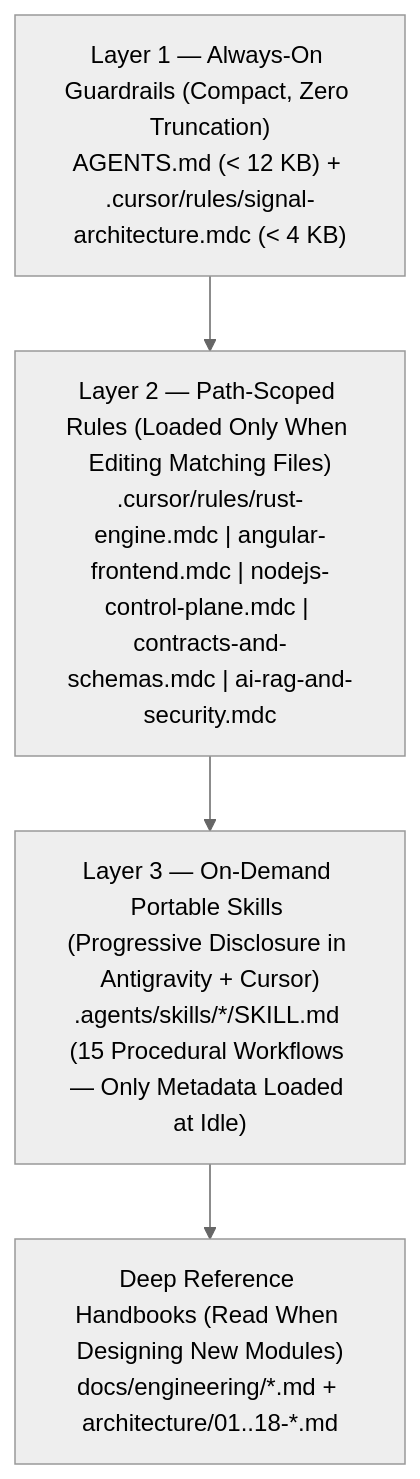
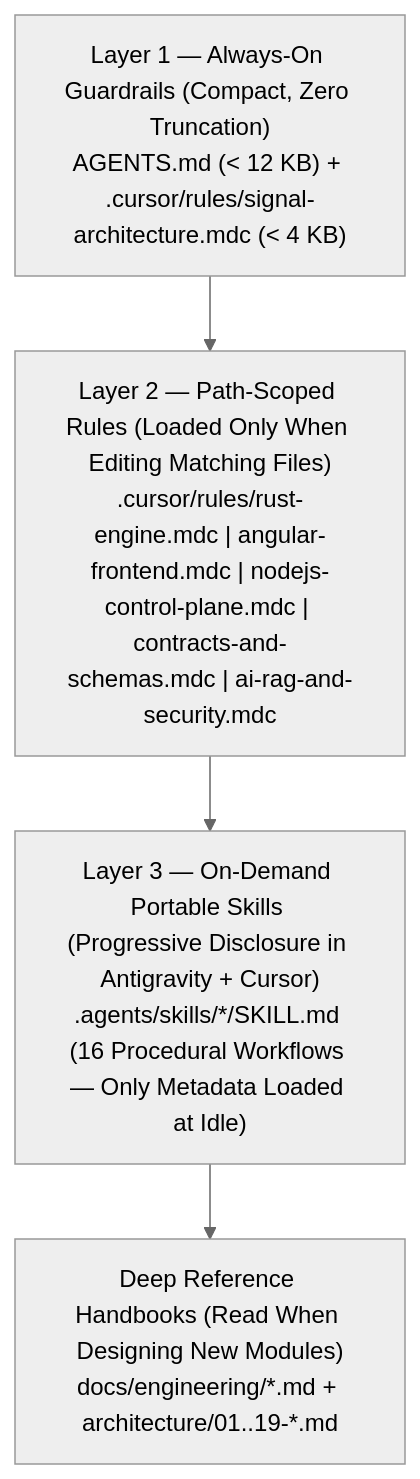
Before and after one commit to the-code-master/signal: the diagram in docs/engineering/README.md, drawn with Mermaid (neutral theme). The commit also changed other lines of this file and 13 other files, not shown here.

````diff
--- a/docs/engineering/README.md
+++ b/docs/engineering/README.md
@@ -11,11 +11,11 @@
 ```mermaid
 flowchart TB
     L1["Layer 1 — Always-On Guardrails (Compact, Zero Truncation)\nAGENTS.md (< 12 KB) + .cursor/rules/signal-architecture.mdc (< 4 KB)"]
     L2["Layer 2 — Path-Scoped Rules (Loaded Only When Editing Matching Files)\n.cursor/rules/rust-engine.mdc | angular-frontend.mdc | nodejs-control-plane.mdc | contracts-and-schemas.mdc | ai-rag-and-security.mdc"]
-    L3["Layer 3 — On-Demand Portable Skills (Progressive Disclosure in Antigravity + Cursor)\n.agents/skills/*/SKILL.md (15 Procedural Workflows — Only Metadata Loaded at Idle)"]
-    Ref["Deep Reference Handbooks (Read When Designing New Modules)\ndocs/engineering/*.md + architecture/01..18-*.md"]
+    L3["Layer 3 — On-Demand Portable Skills (Progressive Disclosure in Antigravity + Cursor)\n.agents/skills/*/SKILL.md (16 Procedural Workflows — Only Metadata Loaded at Idle)"]
+    Ref["Deep Reference Handbooks (Read When Designing New Modules)\ndocs/engineering/*.md + architecture/01..19-*.md"]
 
     L1 --> L2
     L2 --> L3
     L3 --> Ref
 ```
````
